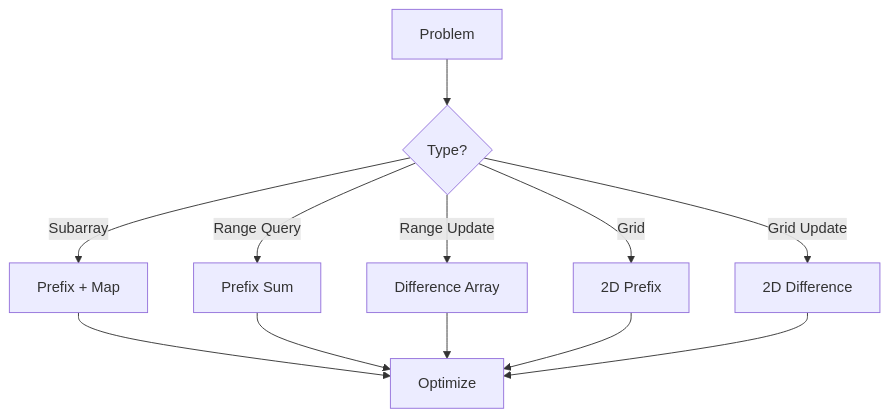
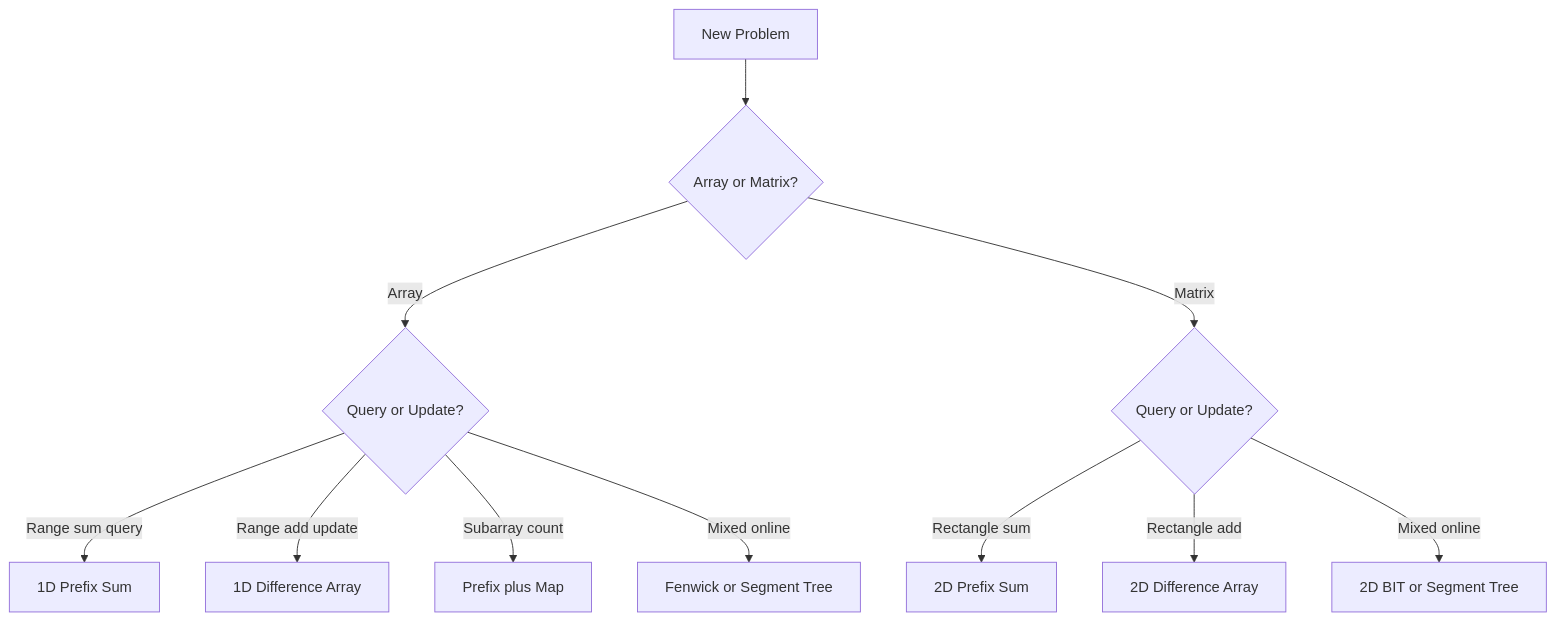
One commit to mthaiseer/springcloud-systemdesign-notes changed diagram 11 of 11 in CP_DSA_NOTES/CONCEPT_FRAMEWORK_FORMS_TATICS/002_PREFIX_CFFT.md. Above: the diagram before and after it, drawn with Mermaid. The commit also changed other lines of this file and 1 other file, not shown here.

````diff
--- a/CP_DSA_NOTES/CONCEPT_FRAMEWORK_FORMS_TATICS/002_PREFIX_CFFT.md
+++ b/CP_DSA_NOTES/CONCEPT_FRAMEWORK_FORMS_TATICS/002_PREFIX_CFFT.md
@@ -319,14 +721,15 @@
 ```mermaid
 flowchart TD
-    A[Problem] --> B{Type?}
-    B -->|Subarray| C[Prefix + Map]
-    B -->|Range Query| D[Prefix Sum]
-    B -->|Range Update| E[Difference Array]
-    B -->|Grid| F[2D Prefix]
-    B -->|Grid Update| G[2D Difference]
-    C --> H[Optimize]
-    D --> H
-    E --> H
-    F --> H
-    G --> H
+    A["New Problem"] --> B{"Array or Matrix?"}
+    B -->|"Array"| C{"Query or Update?"}
+    B -->|"Matrix"| D{"Query or Update?"}
+
+    C -->|"Range sum query"| E["1D Prefix Sum"]
+    C -->|"Range add update"| F["1D Difference Array"]
+    C -->|"Subarray count"| G["Prefix plus Map"]
+    C -->|"Mixed online"| H["Fenwick or Segment Tree"]
+
+    D -->|"Rectangle sum"| I["2D Prefix Sum"]
+    D -->|"Rectangle add"| J["2D Difference Array"]
+    D -->|"Mixed online"| K["2D BIT or Segment Tree"]
 ```
````
